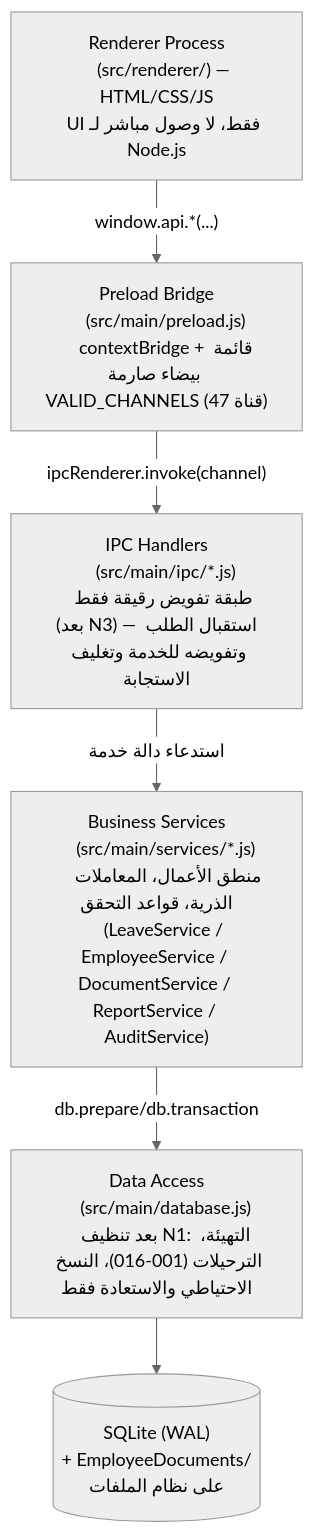
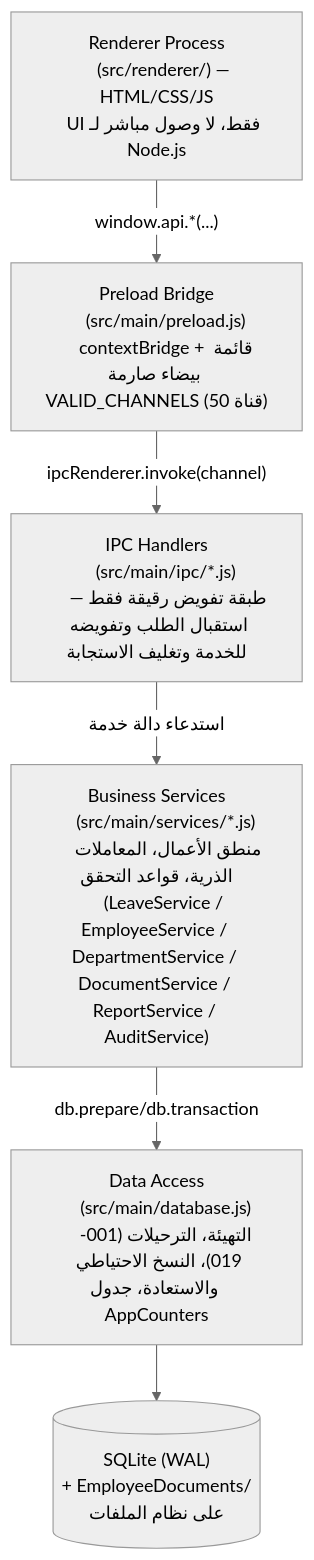
The first of 3 diagrams in docs/ARCHITECTURE.md (sajadmssa/Holidays), drawn with Mermaid (neutral theme) before and after one commit. The commit also changed other lines of this file and 8 other files, not shown here.

Commit message:
docs: comprehensive update of architecture, decisions, data model, and roadmap for Sep 15 features

````diff
--- a/docs/ARCHITECTURE.md
+++ b/docs/ARCHITECTURE.md
@@ -30,28 +30,28 @@
 ```mermaid
 flowchart TD
     A["Renderer Process
     (src/renderer/) — HTML/CSS/JS
     UI فقط، لا وصول مباشر لـ Node.js"]
     B["Preload Bridge
     (src/main/preload.js)
-    contextBridge + قائمة بيضاء صارمة VALID_CHANNELS (47 قناة)"]
+    contextBridge + قائمة بيضاء صارمة VALID_CHANNELS (50 قناة)"]
     C["IPC Handlers
     (src/main/ipc/*.js)
-    طبقة تفويض رقيقة فقط (بعد N3) — استقبال الطلب وتفويضه للخدمة وتغليف الاستجابة"]
+    طبقة تفويض رقيقة فقط — استقبال الطلب وتفويضه للخدمة وتغليف الاستجابة"]
     D["Business Services
     (src/main/services/*.js)
     منطق الأعمال، المعاملات الذرية، قواعد التحقق
-    (LeaveService / EmployeeService / DocumentService / ReportService / AuditService)"]
+    (LeaveService / EmployeeService / DepartmentService / DocumentService / ReportService / AuditService)"]
     E["Data Access
     (src/main/database.js)
-    بعد تنظيف N1: التهيئة، الترحيلات (001-016)، النسخ الاحتياطي والاستعادة فقط"]
+    التهيئة، الترحيلات (001-019)، النسخ الاحتياطي والاستعادة، جدول AppCounters"]
     F[("SQLite (WAL)
     + EmployeeDocuments/
     على نظام الملفات")]
 
     A -->|"window.api.*(...)"| B
     B -->|"ipcRenderer.invoke(channel)"| C
     C -->|"استدعاء دالة خدمة"| D
     D -->|"db.prepare/db.transaction"| E
     E --> F
 ```
````
